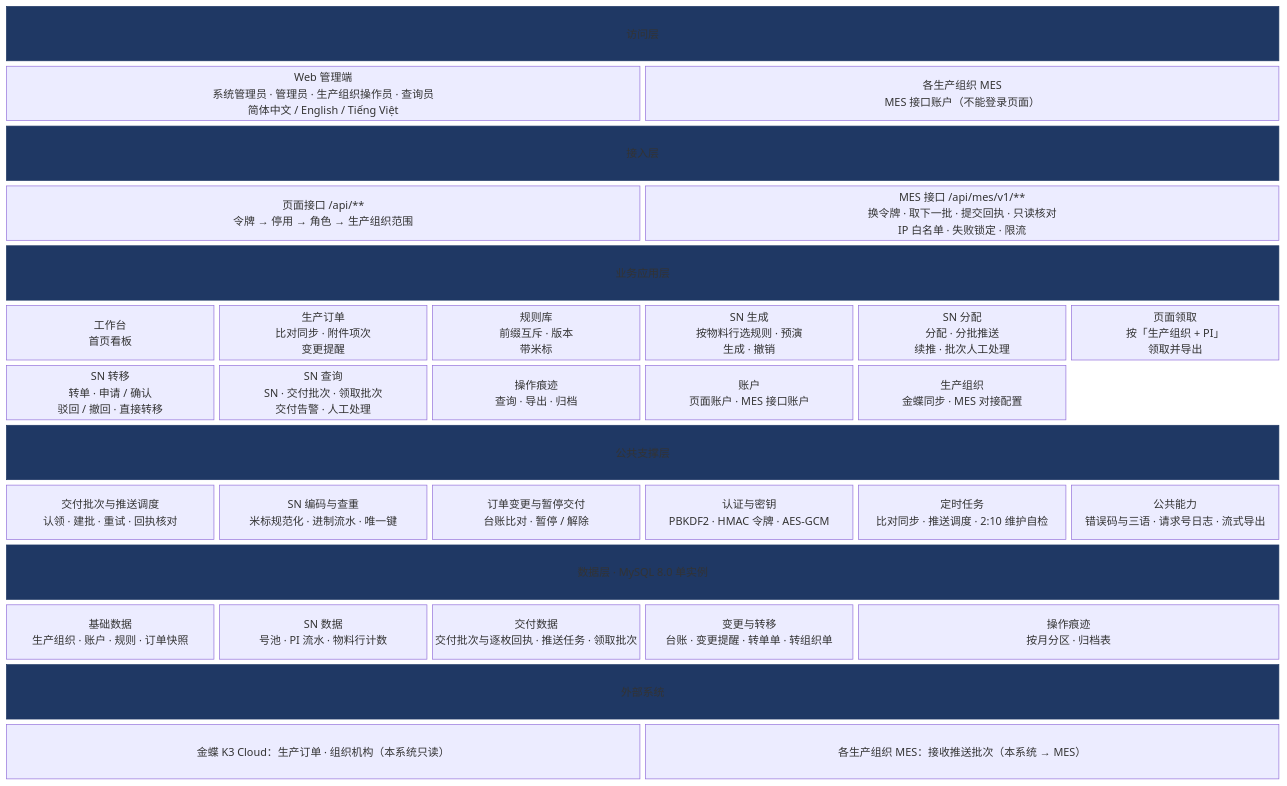
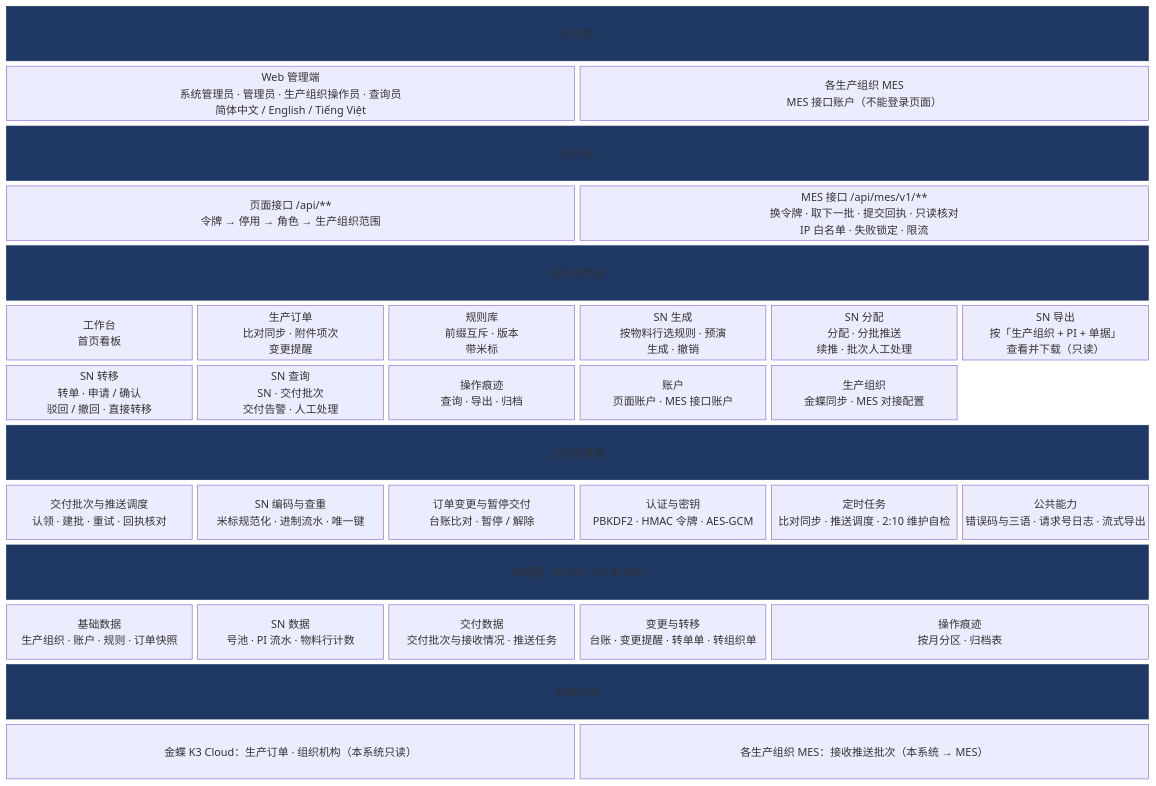
One commit to Createsnow/sn-center changed the diagram in docs/images/系统技术方案/fig2-1-function.mmd. Above: the diagram before and after it, drawn with Mermaid. The commit also changed 80 other files, not shown here.

```diff
--- a/docs/images/系统技术方案/fig2-1-function.mmd
+++ b/docs/images/系统技术方案/fig2-1-function.mmd
@@ -1,39 +1,39 @@
 block-beta
   columns 6
   L1["访问层"]:6
   W["Web 管理端<br/>系统管理员 · 管理员 · 生产组织操作员 · 查询员<br/>简体中文 / English / Tiếng Việt"]:3
   M["各生产组织 MES<br/>MES 接口账户（不能登录页面）"]:3
   L2["接入层"]:6
   P["页面接口 /api/**<br/>令牌 → 停用 → 角色 → 生产组织范围"]:3
   A["MES 接口 /api/mes/v1/**<br/>换令牌 · 取下一批 · 提交回执 · 只读核对<br/>IP 白名单 · 失败锁定 · 限流"]:3
   L3["业务应用层"]:6
   G1["工作台<br/>首页看板"]
   G2["生产订单<br/>比对同步 · 附件项次<br/>变更提醒"]
   G3["规则库<br/>前缀互斥 · 版本<br/>带米标"]
   G4["SN 生成<br/>按物料行选规则 · 预演<br/>生成 · 撤销"]
   G11["SN 分配<br/>分配 · 分批推送<br/>续推 · 批次人工处理"]
-  G5["页面领取<br/>按「生产组织 + PI」<br/>领取并导出"]
+  G5["SN 导出<br/>按「生产组织 + PI + 单据」<br/>查看并下载（只读）"]
   G6["SN 转移<br/>转单 · 申请 / 确认<br/>驳回 / 撤回 · 直接转移"]
-  G7["SN 查询<br/>SN · 交付批次 · 领取批次<br/>交付告警 · 人工处理"]
+  G7["SN 查询<br/>SN · 交付批次<br/>交付告警 · 人工处理"]
   G8["操作痕迹<br/>查询 · 导出 · 归档"]
   G9["账户<br/>页面账户 · MES 接口账户"]
   G10["生产组织<br/>金蝶同步 · MES 对接配置"]
   space:1
   L4["公共支撑层"]:6
   S1["交付批次与推送调度<br/>认领 · 建批 · 重试 · 回执核对"]
   S2["SN 编码与查重<br/>米标规范化 · 进制流水 · 唯一键"]
   S3["订单变更与暂停交付<br/>台账比对 · 暂停 / 解除"]
   S4["认证与密钥<br/>PBKDF2 · HMAC 令牌 · AES-GCM"]
   S5["定时任务<br/>比对同步 · 推送调度 · 2:10 维护自检"]
   S6["公共能力<br/>错误码与三语 · 请求号日志 · 流式导出"]
   L5["数据层 · MySQL 8.0 单实例"]:6
   D1["基础数据<br/>生产组织 · 账户 · 规则 · 订单快照"]
   D2["SN 数据<br/>号池 · PI 流水 · 物料行计数"]
-  D3["交付数据<br/>交付批次与逐枚回执 · 推送任务 · 领取批次"]
+  D3["交付数据<br/>交付批次与接收情况 · 推送任务"]
   D4["变更与转移<br/>台账 · 变更提醒 · 转单单 · 转组织单"]
   D5["操作痕迹<br/>按月分区 · 归档表"]:2
   L6["外部系统"]:6
   K["金蝶 K3 Cloud：生产订单 · 组织机构（本系统只读）"]:3
   MM["各生产组织 MES：接收推送批次（本系统 → MES）"]:3
   classDef layer fill:#1f3864,color:#fff,stroke:#1f3864
   class L1,L2,L3,L4,L5,L6 layer
```
